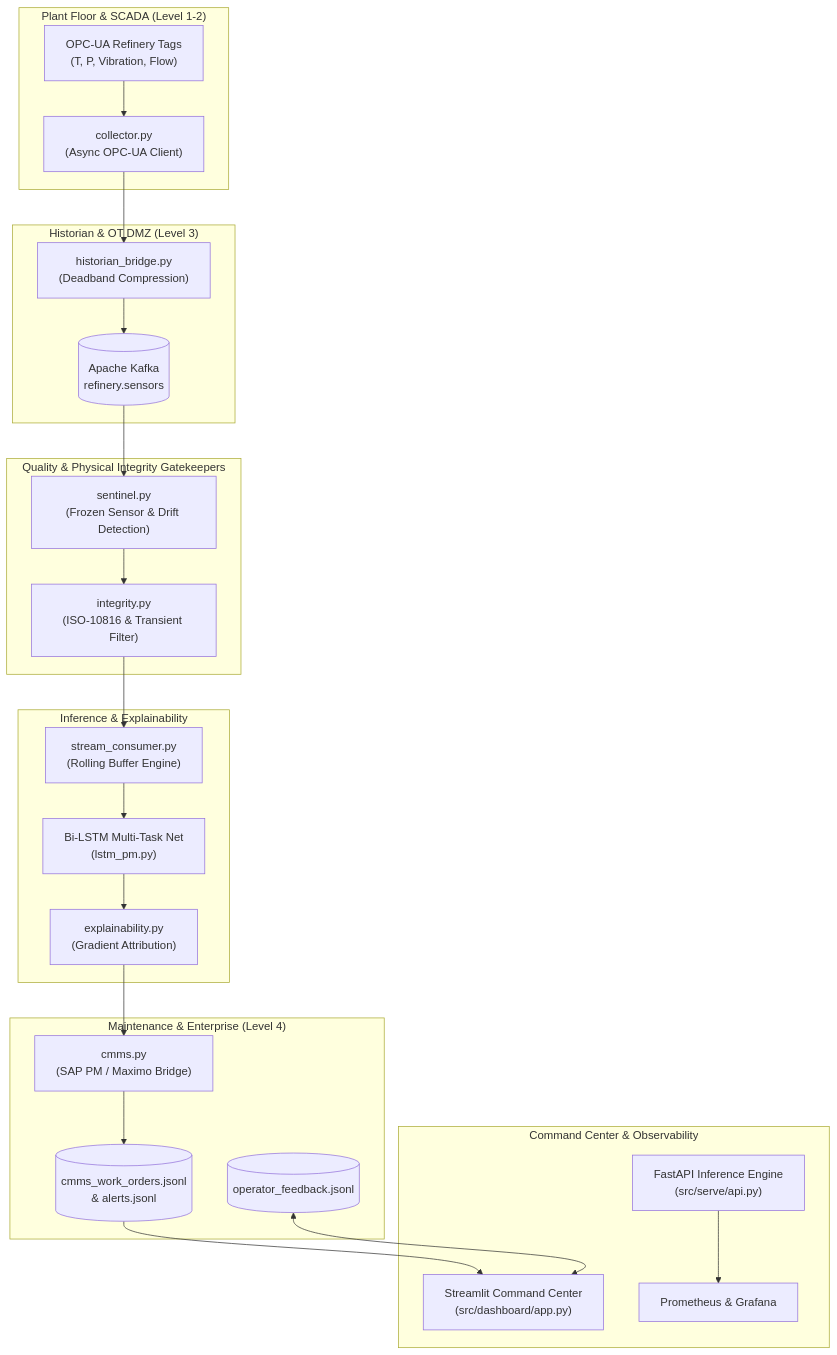
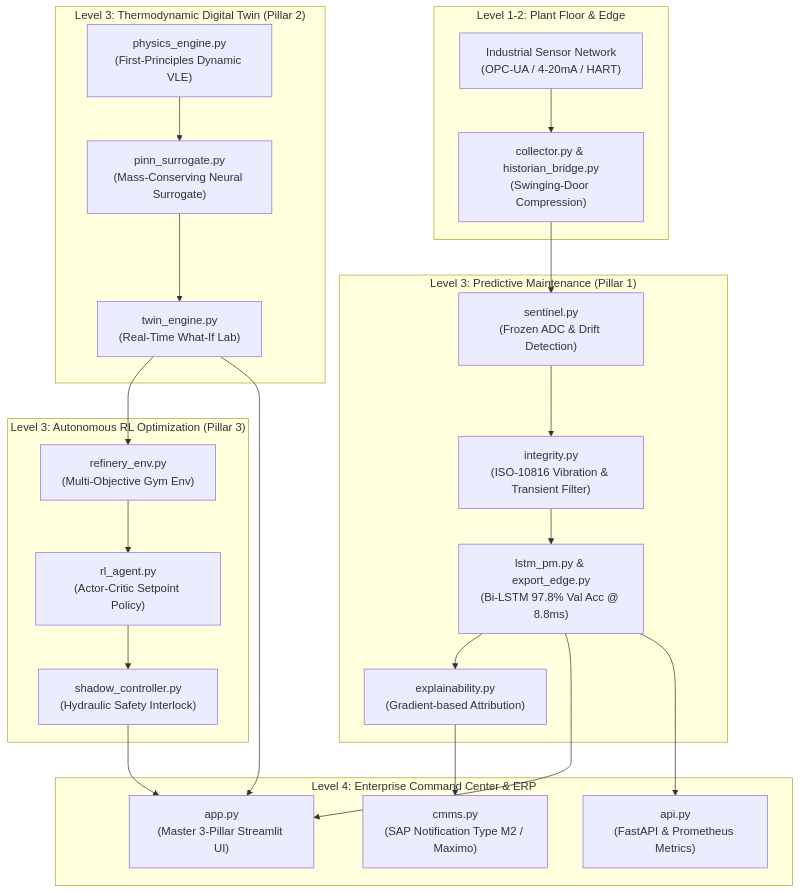
The diagram in README.md (dhrubchatterjee16-lang/DeepRefine), drawn with Mermaid before and after one commit. The commit also changed other lines of this file, not shown here.

Commit message:
docs: finalize master 3-pillar digital refinery documentation

````diff
--- a/README.md
+++ b/README.md
@@ -20,48 +25,41 @@
 ```mermaid
 flowchart TD
-    subgraph Edge["Plant Floor & SCADA (Level 1-2)"]
-        Sensors["OPC-UA Refinery Tags\n(T, P, Vibration, Flow)"]
-        Collector["collector.py\n(Async OPC-UA Client)"]
-        Sensors --> Collector
+    subgraph Level12["Level 1-2: Plant Floor & Edge"]
+        Sensors["Industrial Sensor Network\n(OPC-UA / 4-20mA / HART)"]
+        EdgeCollector["collector.py & historian_bridge.py\n(Swinging-Door Compression)"]
+        Sensors --> EdgeCollector
     end
 
-    subgraph DMZ["Historian & OT DMZ (Level 3)"]
-        Historian["historian_bridge.py\n(Deadband Compression)"]
-        Kafka[("Apache Kafka\nrefinery.sensors")]
-        Collector --> Historian
-        Historian --> Kafka
+    subgraph Level3P1["Level 3: Predictive Maintenance (Pillar 1)"]
+        Sentinel["sentinel.py\n(Frozen ADC & Drift Detection)"]
+        Integrity["integrity.py\n(ISO-10816 Vibration & Transient Filter)"]
+        BiLSTM["lstm_pm.py & export_edge.py\n(Bi-LSTM 97.8% Val Acc @ 8.8ms)"]
+        Explain["explainability.py\n(Gradient-based Attribution)"]
+        EdgeCollector --> Sentinel --> Integrity --> BiLSTM --> Explain
     end
 
-    subgraph SentinelLayer["Quality & Physical Integrity Gatekeepers"]
-        Sentinel["sentinel.py\n(Frozen Sensor & Drift Detection)"]
-        Integrity["integrity.py\n(ISO-10816 & Transient Filter)"]
-        Kafka --> Sentinel
-        Sentinel --> Integrity
+    subgraph Level3P2["Level 3: Thermodynamic Digital Twin (Pillar 2)"]
+        Physics["physics_engine.py\n(First-Principles Dynamic VLE)"]
+        PINN["pinn_surrogate.py\n(Mass-Conserving Neural Surrogate)"]
+        TwinSim["twin_engine.py\n(Real-Time What-If Lab)"]
+        Physics --> PINN --> TwinSim
     end
 
-    subgraph MLCore["Inference & Explainability"]
-        Consumer["stream_consumer.py\n(Rolling Buffer Engine)"]
-        LSTM["Bi-LSTM Multi-Task Net\n(lstm_pm.py)"]
-        Explainer["explainability.py\n(Gradient Attribution)"]
-        Integrity --> Consumer
-        Consumer --> LSTM
-        LSTM --> Explainer
+    subgraph Level3P3["Level 3: Autonomous RL Optimization (Pillar 3)"]
+        Env["refinery_env.py\n(Multi-Objective Gym Env)"]
+        RL["rl_agent.py\n(Actor-Critic Setpoint Policy)"]
+        Shadow["shadow_controller.py\n(Hydraulic Safety Interlock)"]
+        TwinSim --> Env --> RL --> Shadow
     end
 
-    subgraph CMMSLayer["Maintenance & Enterprise (Level 4)"]
-        CMMS["cmms.py\n(SAP PM / Maximo Bridge)"]
-        Alerts[("cmms_work_orders.jsonl\n& alerts.jsonl")]
-        Feedback[("operator_feedback.jsonl")]
-        Explainer --> CMMS
-        CMMS --> Alerts
-    end
-
-    subgraph OperatorUI["Command Center & Observability"]
-        Dashboard["Streamlit Command Center\n(src/dashboard/app.py)"]
-        API["FastAPI Inference Engine\n(src/serve/api.py)"]
-        Prom["Prometheus & Grafana"]
-        Alerts --> Dashboard
-        Feedback <--> Dashboard
-        API --> Prom
+    subgraph Level4["Level 4: Enterprise Command Center & ERP"]
+        SAP["cmms.py\n(SAP Notification Type M2 / Maximo)"]
+        UI["app.py\n(Master 3-Pillar Streamlit UI)"]
+        API["api.py\n(FastAPI & Prometheus Metrics)"]
+        Explain --> SAP
+        Shadow --> UI
+        TwinSim --> UI
+        BiLSTM --> UI
+        BiLSTM --> API
     end
 ```
````
